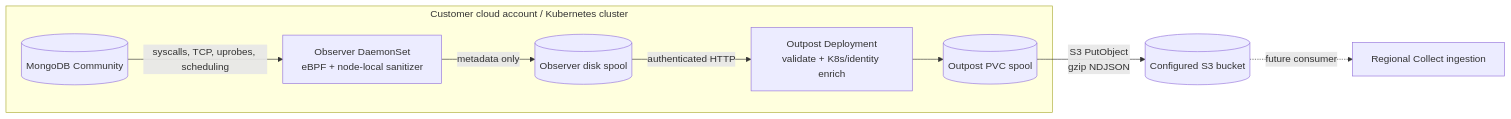
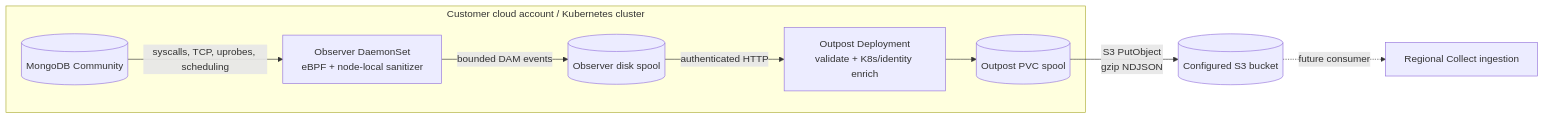
The diagram in README.md (theroverhq/mongodb-dam), drawn with Mermaid before and after one commit. The commit also changed other lines of this file and 19 other files, not shown here.

````diff
--- a/README.md
+++ b/README.md
@@ -7,14 +7,14 @@
 ```mermaid
 flowchart LR
     subgraph CA[Customer cloud account / Kubernetes cluster]
         M[(MongoDB Community)]
         O[Observer DaemonSet<br/>eBPF + node-local sanitizer]
         Q[(Observer disk spool)]
         P[Outpost Deployment<br/>validate + K8s/identity enrich]
         S[(Outpost PVC spool)]
         M -->|syscalls, TCP, uprobes, scheduling| O
-        O -->|metadata only| Q -->|authenticated HTTP| P --> S
+        O -->|bounded DAM events| Q -->|authenticated HTTP| P --> S
     end
     S -->|S3 PutObject<br/>gzip NDJSON| B[(Configured S3 bucket)]
     B -. future consumer .-> C[Regional Collect ingestion]
 ```
````
